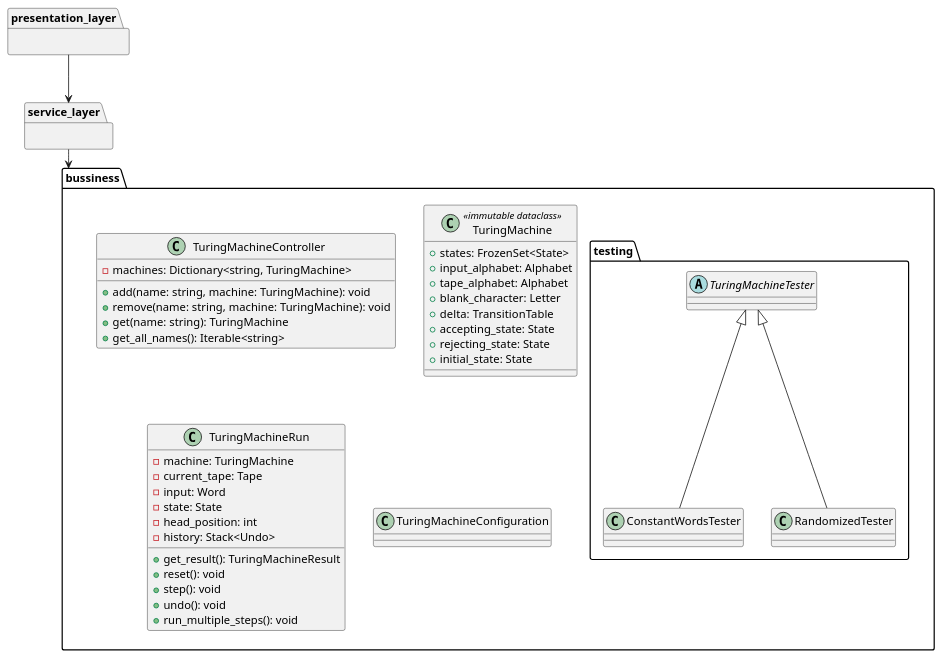
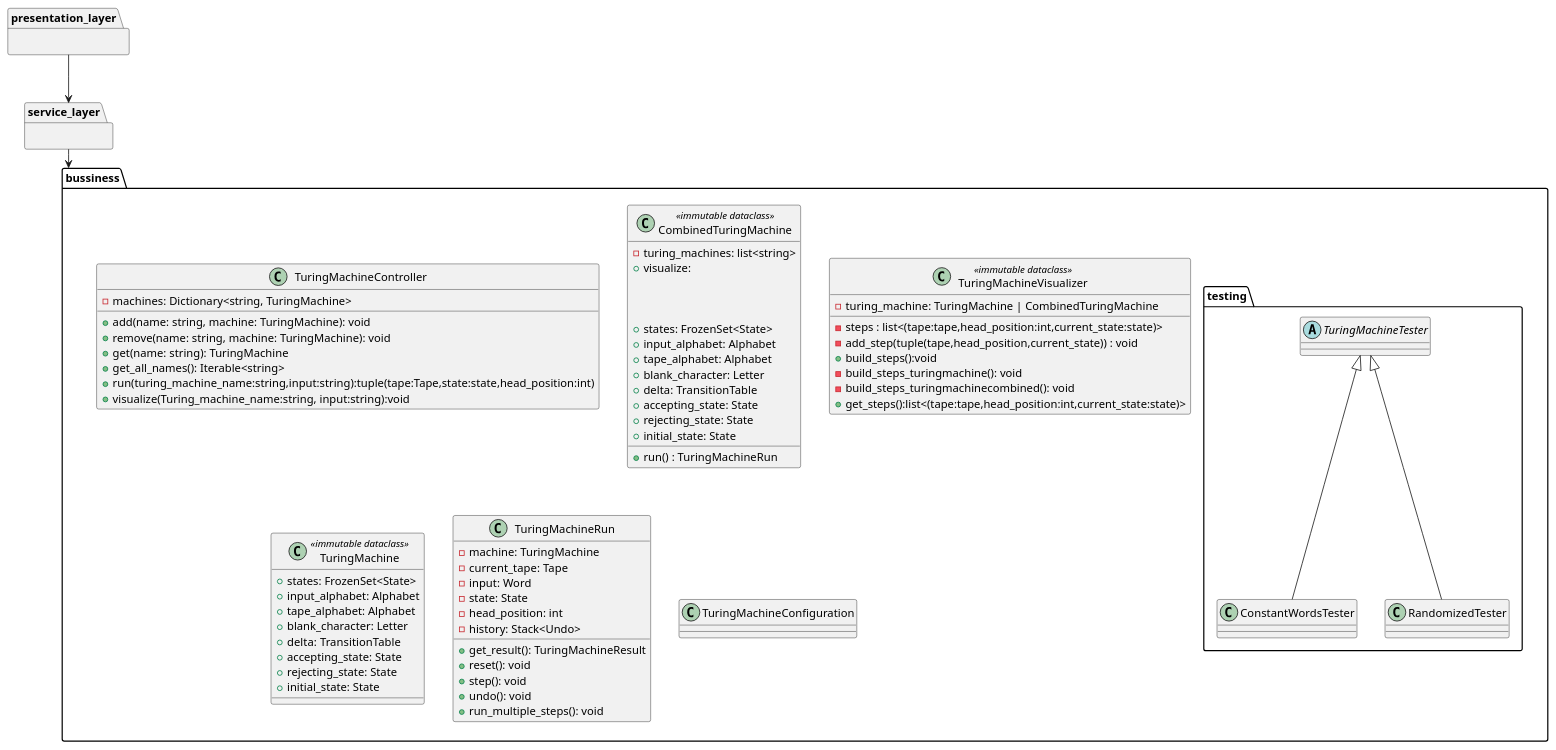
Before and after one commit to Turing-Machine-Tutor/Turing-Machine-Tutor: the diagram in docs/uml/bussiness_layer.puml, drawn with PlantUML. The commit also changed 1 other file, not shown here.

```diff
--- a/docs/uml/bussiness_layer.puml
+++ b/docs/uml/bussiness_layer.puml
@@ -1,78 +1,107 @@
 @startuml
 
 
 
 package bussiness {
     class TuringMachineController {
         - machines: Dictionary<string, TuringMachine>
 
         + add(name: string, machine: TuringMachine): void
         + remove(name: string, machine: TuringMachine): void
         + get(name: string): TuringMachine
         + get_all_names(): Iterable<string>
+        + run(turing_machine_name:string,input:string):tuple(tape:Tape,state:state,head_position:int)
+        +visualize(Turing_machine_name:string, input:string):void
+    }
+ class CombinedTuringMachine <<immutable dataclass>> {
+        -turing_machines: list<string>
+        +run() : TuringMachineRun
+        +visualize:
+
+
+
+        + states: FrozenSet<State>
+        + input_alphabet: Alphabet
+        + tape_alphabet: Alphabet
+        + blank_character: Letter
+        + delta: TransitionTable
+        + accepting_state: State
+        + rejecting_state: State
+        + initial_state: State
+
     }
 
+
+     class TuringMachineVisualizer <<immutable dataclass>> {
+        -turing_machine: TuringMachine | CombinedTuringMachine
+        -steps : list<(tape:tape,head_position:int,current_state:state)>
+        -add_step(tuple(tape,head_position,current_state)) : void
+        +build_steps():void
+        -build_steps_turingmachine(): void
+        -build_steps_turingmachinecombined(): void
+        +get_steps():list<(tape:tape,head_position:int,current_state:state)>
+    }
 
     class TuringMachine <<immutable dataclass>> {
         + states: FrozenSet<State>
         + input_alphabet: Alphabet
         + tape_alphabet: Alphabet
         + blank_character: Letter
         + delta: TransitionTable
         + accepting_state: State
         + rejecting_state: State
         + initial_state: State
 
     }
 
     class TuringMachineRun {
        - machine: TuringMachine
        - current_tape: Tape
        - input: Word
        - state: State
        - head_position: int
        - history: Stack<Undo>
 
        + get_result(): TuringMachineResult
        + reset(): void
        + step(): void
        + undo(): void
        + run_multiple_steps(): void
     }
 
     class TuringMachineConfiguration {
 
     }
 
 package testing {
     abstract class TuringMachineTester {
 
     }
 
     class ConstantWordsTester {
 
     }
 
     class RandomizedTester {
 
     }
 
     ConstantWordsTester -u-|> TuringMachineTester
     RandomizedTester -u-|> TuringMachineTester
 
     }
 }
 
 
 package service_layer {
 
 }
 
 package presentation_layer {
 
 }
 
 service_layer -d-> bussiness
 presentation_layer -d-> service_layer
 
 @enduml
```
